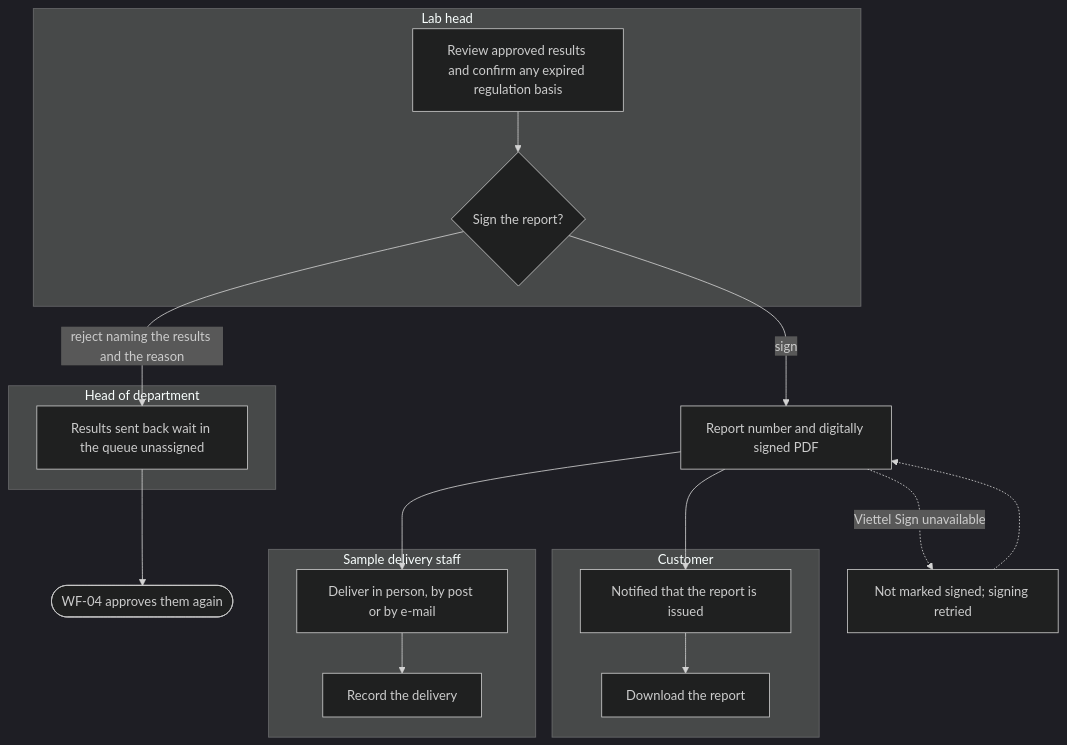
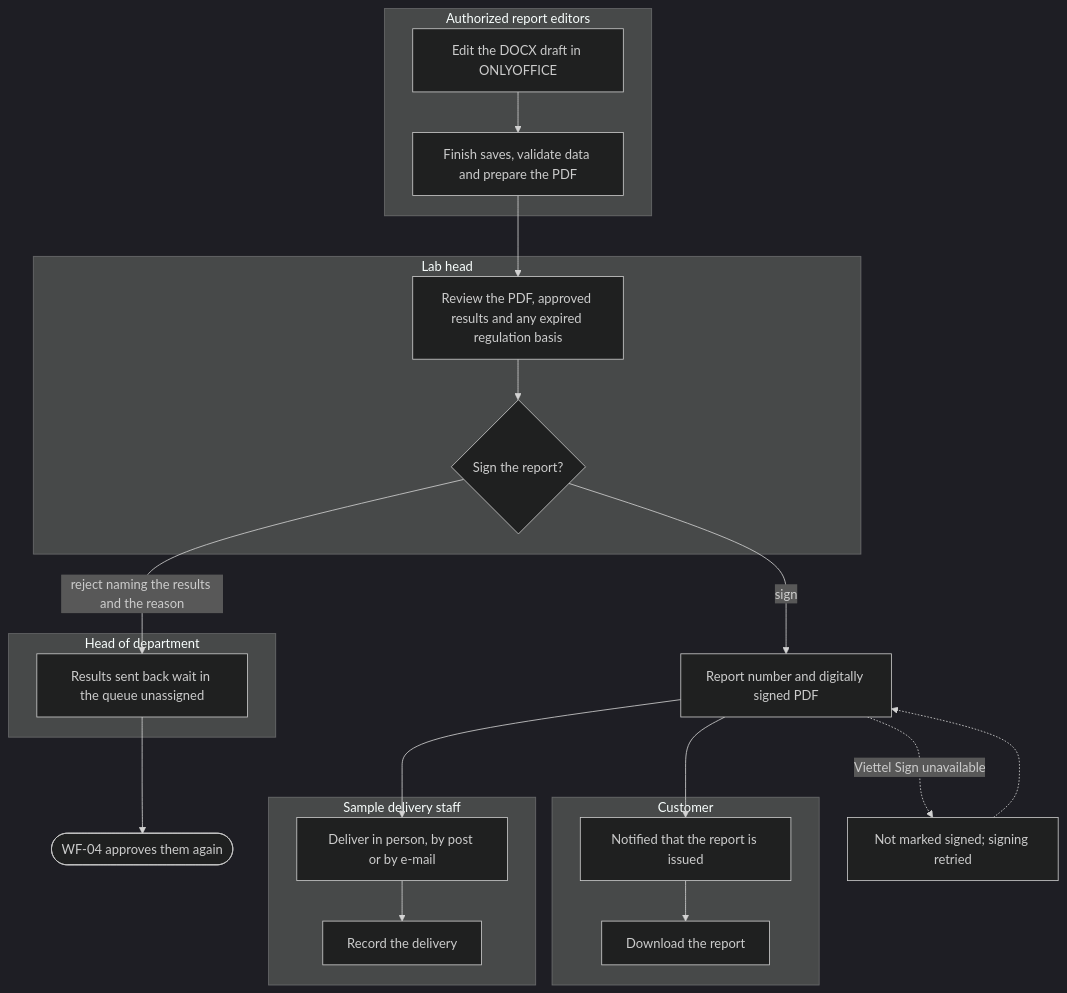
The sixth of 16 diagrams in docs/functional/business-flows.md (SoltuneMontepre/medilab), drawn with Mermaid (dark theme) before and after one commit. The commit also changed other lines of this file and 23 other files, not shown here.

````diff
--- a/docs/functional/business-flows.md
+++ b/docs/functional/business-flows.md
@@ -286,20 +288,24 @@
 ```mermaid
 flowchart TD
+    subgraph report_editors ["Authorized report editors"]
+        p1[Edit the DOCX draft in ONLYOFFICE] --> p2[Finish saves, validate data and prepare the PDF]
+    end
     subgraph lane15 ["Lab head"]
-        l1[Review approved results and confirm any expired regulation basis] --> l2{Sign the report?}
+        l1[Review the PDF, approved results and any expired regulation basis] --> l2{Sign the report?}
     end
     subgraph lane16 ["Head of department"]
         h1[Results sent back wait in the queue unassigned]
     end
     subgraph lane17 ["Sample delivery staff"]
         d1[Deliver in person, by post or by e-mail] --> d2[Record the delivery]
     end
     subgraph lane18 ["Customer"]
         c1[Notified that the report is issued] --> c2[Download the report]
     end
+    p2 --> l1
     l2 -->|reject naming the results and the reason| h1 --> wf04([WF-04 approves them again])
     l2 -->|sign| issued[Report number and digitally signed PDF]
     issued --> d1
     issued --> c1
     issued -.->|Viettel Sign unavailable| retry["Not marked signed; signing retried"] -.-> issued
 ```
````
